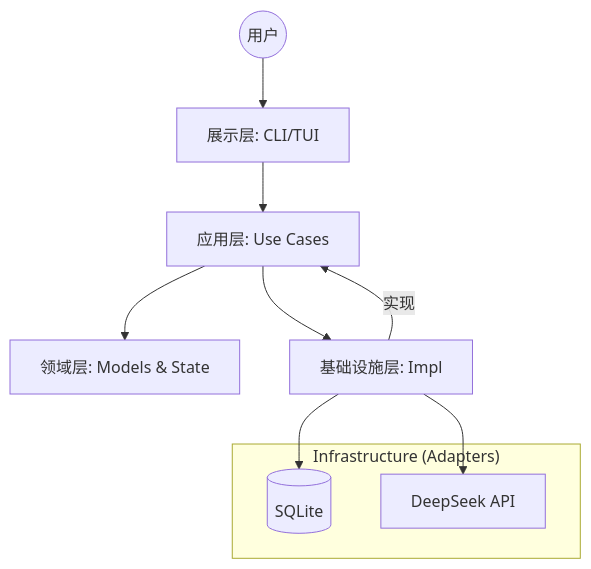
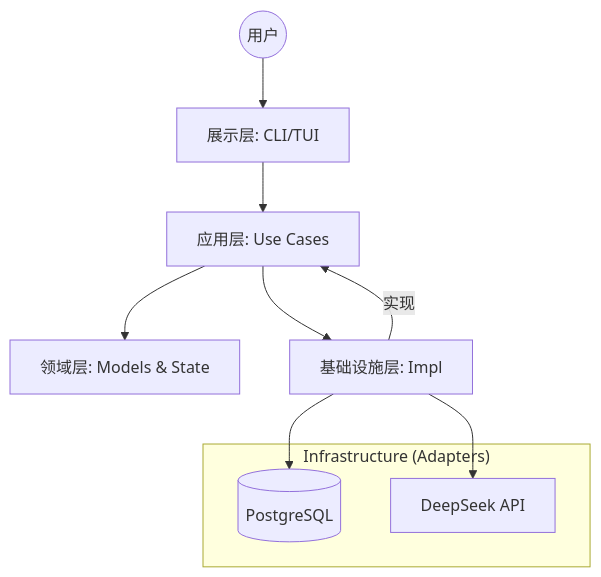
One commit to hedon954/gewu changed the diagram in docs/adr/mvp.md. Above: the diagram before and after it, drawn with Mermaid. The commit also changed other lines of this file and 24 other files, not shown here.

Commit message:
feat: implement PostgreSQL support and initial task management functionality

````diff
--- a/docs/adr/mvp.md
+++ b/docs/adr/mvp.md
@@ -9,18 +9,18 @@
 ```mermaid
 graph TD
     User((用户)) --> CLI[展示层: CLI/TUI]
     CLI --> App[应用层: Use Cases]
     App --> Domain[领域层: Models & State]
 
     App --> Infra[基础设施层: Impl]
     Infra --实现--> App
 
     subgraph "Infrastructure (Adapters)"
-        DB[(SQLite)]
+        DB[(PostgreSQL)]
         AI[DeepSeek API]
     end
 
     Infra --> DB
     Infra --> AI
 
 ```
````
